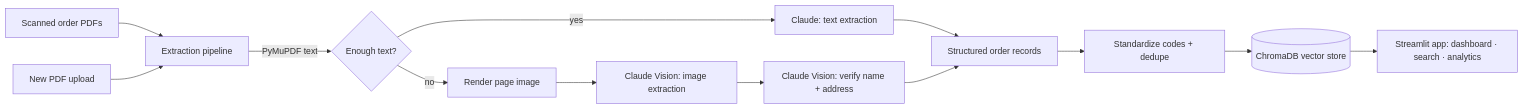
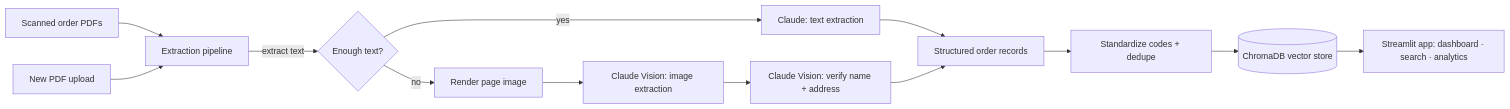
One commit to ctmitts/order-intelligence changed the diagram in README.md. Above: the diagram before and after it, drawn with Mermaid. The commit also changed other lines of this file and 7 other files, not shown here.

````diff
--- a/README.md
+++ b/README.md
@@ -24,15 +24,15 @@
 ```mermaid
 flowchart LR
     A[Scanned order PDFs] --> B[Extraction pipeline]
-    B -->|PyMuPDF text| C{Enough text?}
+    B -->|extract text| C{Enough text?}
     C -->|yes| D[Claude: text extraction]
     C -->|no| E[Render page image]
     E --> F[Claude Vision: image extraction]
     F --> G[Claude Vision: verify name + address]
     D --> H[Structured order records]
     G --> H
     H --> I[Standardize codes + dedupe]
     I --> J[(ChromaDB vector store)]
     J --> K[Streamlit app: dashboard · search · analytics]
     L[New PDF upload] --> B
 ```
````
